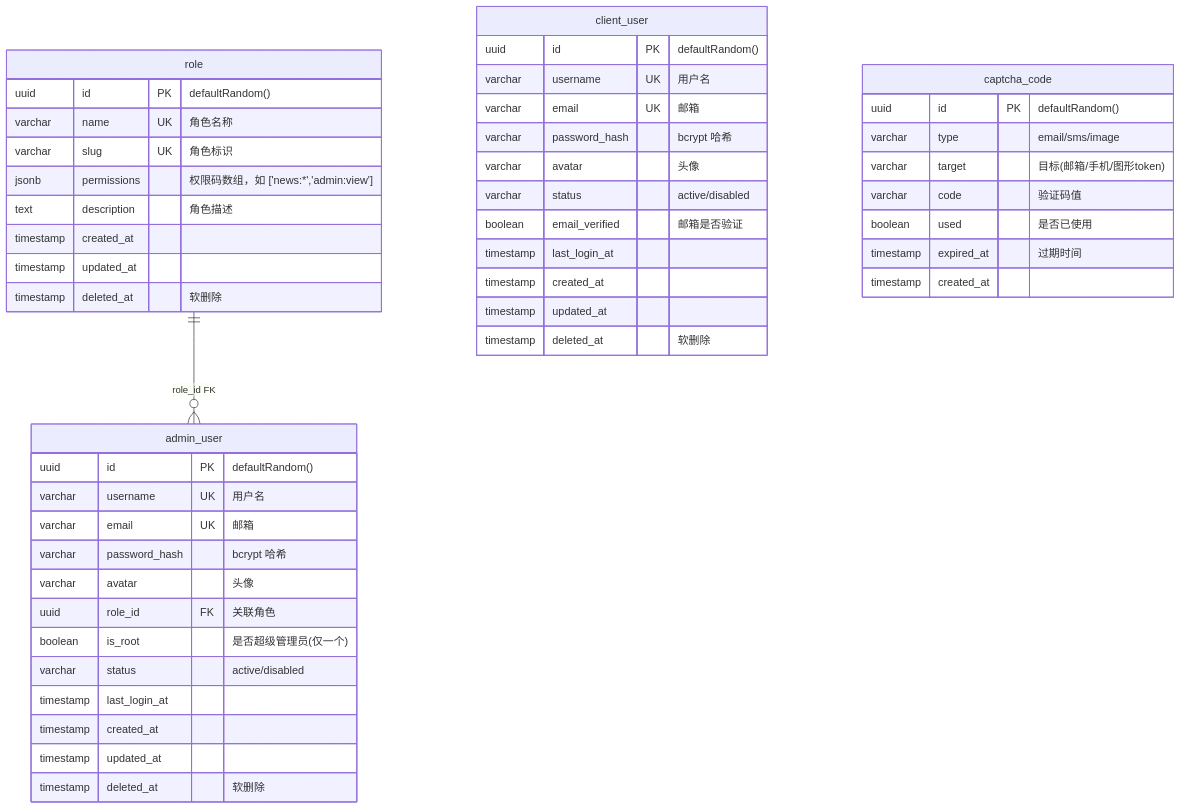
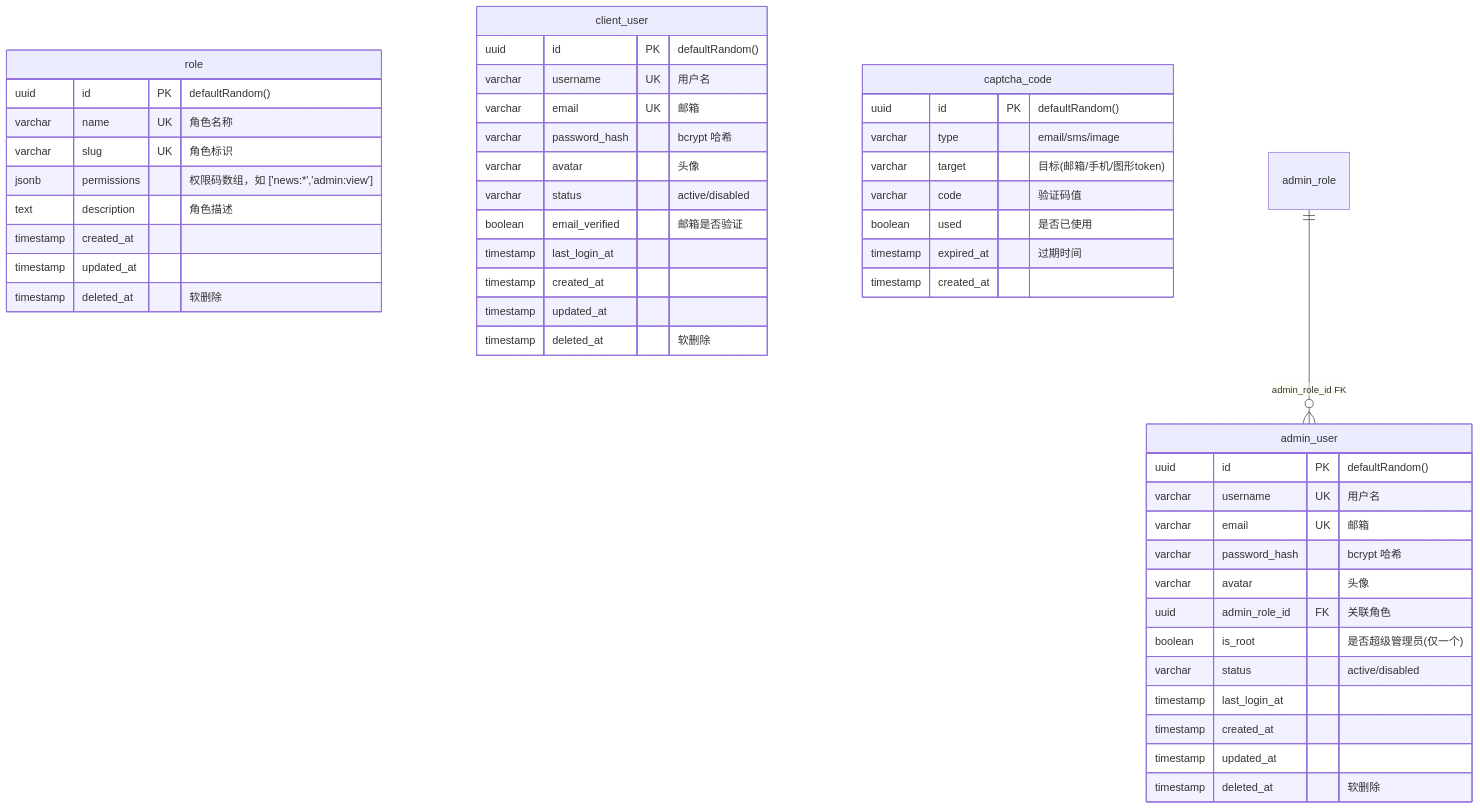
One commit to easyx-dev/fsdx changed the second of 10 diagrams in docs/auth-permission-model.md. Above: the diagram before and after it, drawn with Mermaid. The commit also changed other lines of this file and 11 other files, not shown here.

````diff
--- a/docs/auth-permission-model.md
+++ b/docs/auth-permission-model.md
@@ -76,54 +76,54 @@
 ```mermaid
 erDiagram
     role {
         uuid id PK "defaultRandom()"
         varchar name UK "角色名称"
         varchar slug UK "角色标识"
         jsonb permissions "权限码数组，如 ['news:*','admin:view']"
         text description "角色描述"
         timestamp created_at
         timestamp updated_at
         timestamp deleted_at "软删除"
     }
 
     admin_user {
         uuid id PK "defaultRandom()"
         varchar username UK "用户名"
         varchar email UK "邮箱"
         varchar password_hash "bcrypt 哈希"
         varchar avatar "头像"
-        uuid role_id FK "关联角色"
+        uuid admin_role_id FK "关联角色"
         boolean is_root "是否超级管理员(仅一个)"
         varchar status "active/disabled"
         timestamp last_login_at
         timestamp created_at
         timestamp updated_at
         timestamp deleted_at "软删除"
     }
 
     client_user {
         uuid id PK "defaultRandom()"
         varchar username UK "用户名"
         varchar email UK "邮箱"
         varchar password_hash "bcrypt 哈希"
         varchar avatar "头像"
         varchar status "active/disabled"
         boolean email_verified "邮箱是否验证"
         timestamp last_login_at
         timestamp created_at
         timestamp updated_at
         timestamp deleted_at "软删除"
     }
 
     captcha_code {
         uuid id PK "defaultRandom()"
         varchar type "email/sms/image"
         varchar target "目标(邮箱/手机/图形token)"
         varchar code "验证码值"
         boolean used "是否已使用"
         timestamp expired_at "过期时间"
         timestamp created_at
     }
 
-    role ||--o{ admin_user : "role_id FK"
+    admin_role ||--o{ admin_user : "admin_role_id FK"
 ```
````
